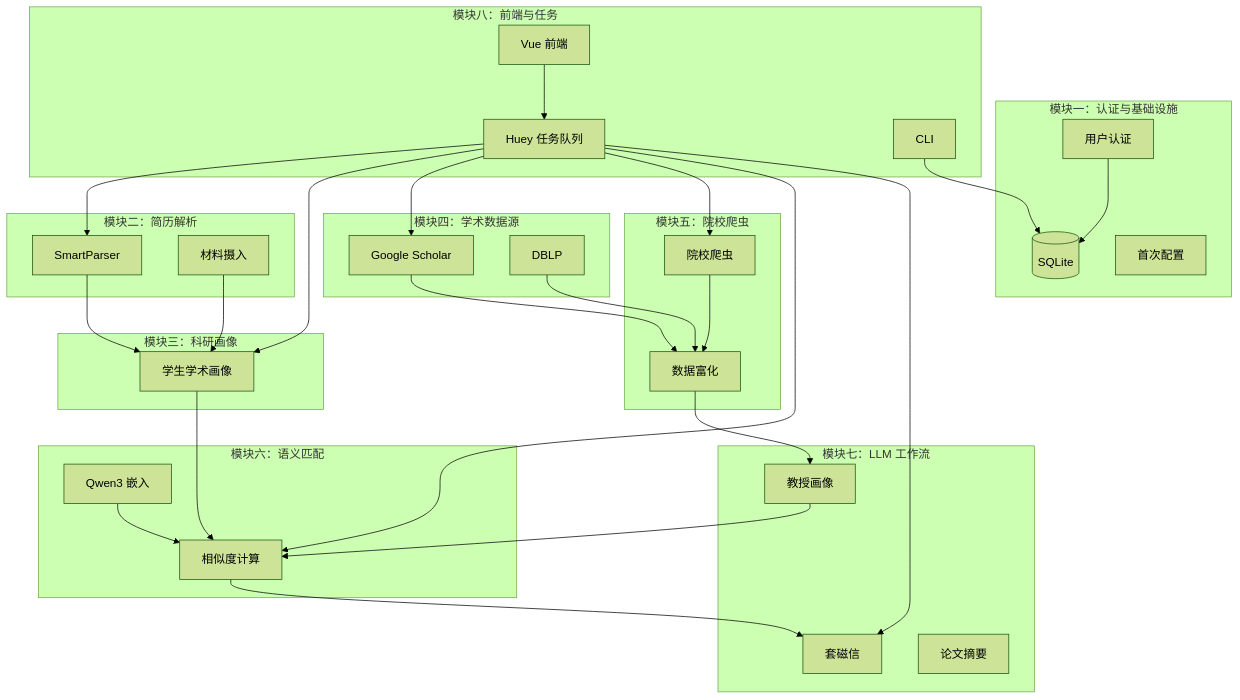
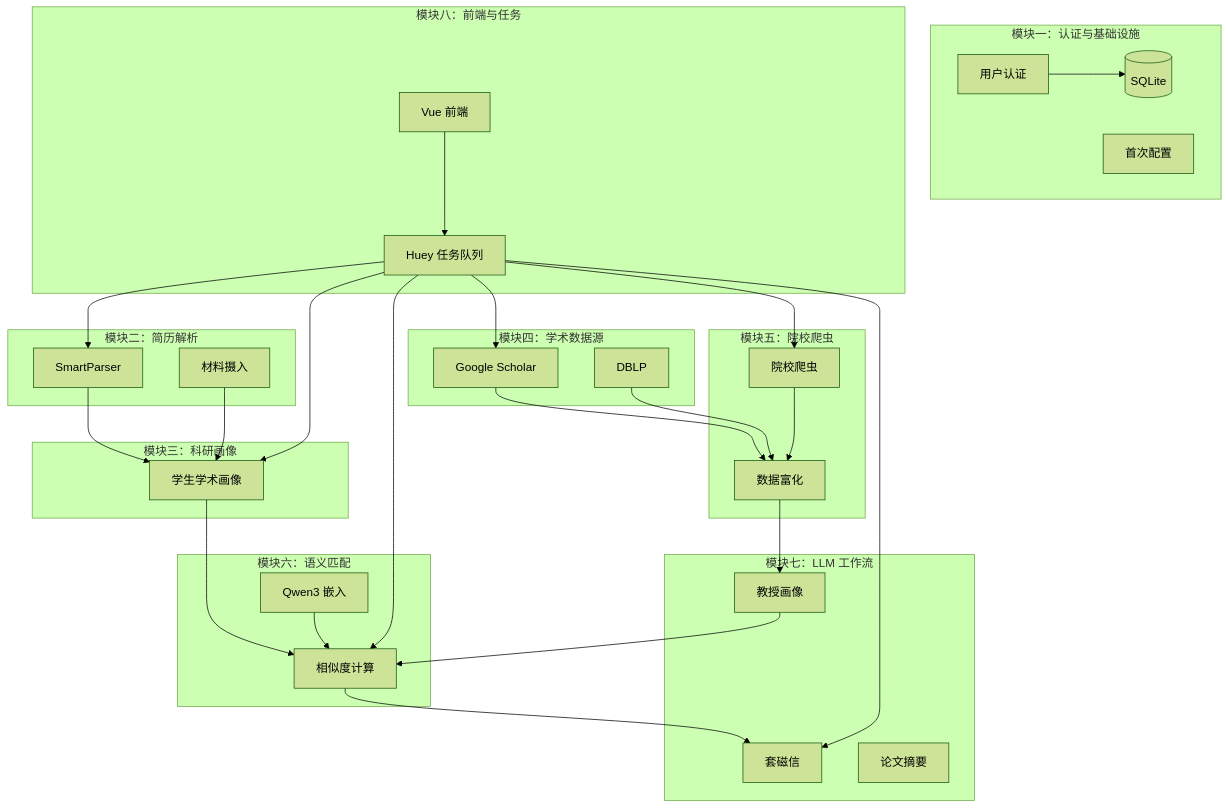
The diagram in docs/project-report-8parts.zh.md (HungryFlo/prof-finder), drawn with Mermaid (forest theme) before and after one commit. The commit also changed other lines of this file and 35 other files, not shown here.

````diff
--- a/docs/project-report-8parts.zh.md
+++ b/docs/project-report-8parts.zh.md
@@ -658,64 +648,62 @@
 ```mermaid
 flowchart TB
     subgraph M1["模块一：认证与基础设施"]
         Auth[用户认证]
         DB[(SQLite)]
         Setup[首次配置]
     end
 
     subgraph M2["模块二：简历解析"]
         Parser[SmartParser]
         Materials[材料摄入]
     end
 
     subgraph M3["模块三：科研画像"]
         StuProfile[学生学术画像]
     end
 
     subgraph M4["模块四：学术数据源"]
         Scholar[Google Scholar]
         DBLP[DBLP]
     end
 
     subgraph M5["模块五：院校爬虫"]
         Crawler[院校爬虫]
         Enrich[数据富化]
     end
 
     subgraph M6["模块六：语义匹配"]
         Embed[Qwen3 嵌入]
         Match[相似度计算]
     end
 
     subgraph M7["模块七：LLM 工作流"]
         Letter[套磁信]
         PaperSum[论文摘要]
         ProfProfile[教授画像]
     end
 
     subgraph M8["模块八：前端与任务"]
         Web[Vue 前端]
         Huey[Huey 任务队列]
-        CLI[CLI]
     end
 
     Auth --> DB
     Parser --> StuProfile
     Materials --> StuProfile
     Scholar --> Enrich
     DBLP --> Enrich
     Crawler --> Enrich
     Enrich --> ProfProfile
     StuProfile --> Match
     ProfProfile --> Match
     Embed --> Match
     Match --> Letter
     Web --> Huey
     Huey --> Parser
     Huey --> StuProfile
     Huey --> Scholar
     Huey --> Crawler
     Huey --> Match
     Huey --> Letter
-    CLI --> DB
 ```
````
